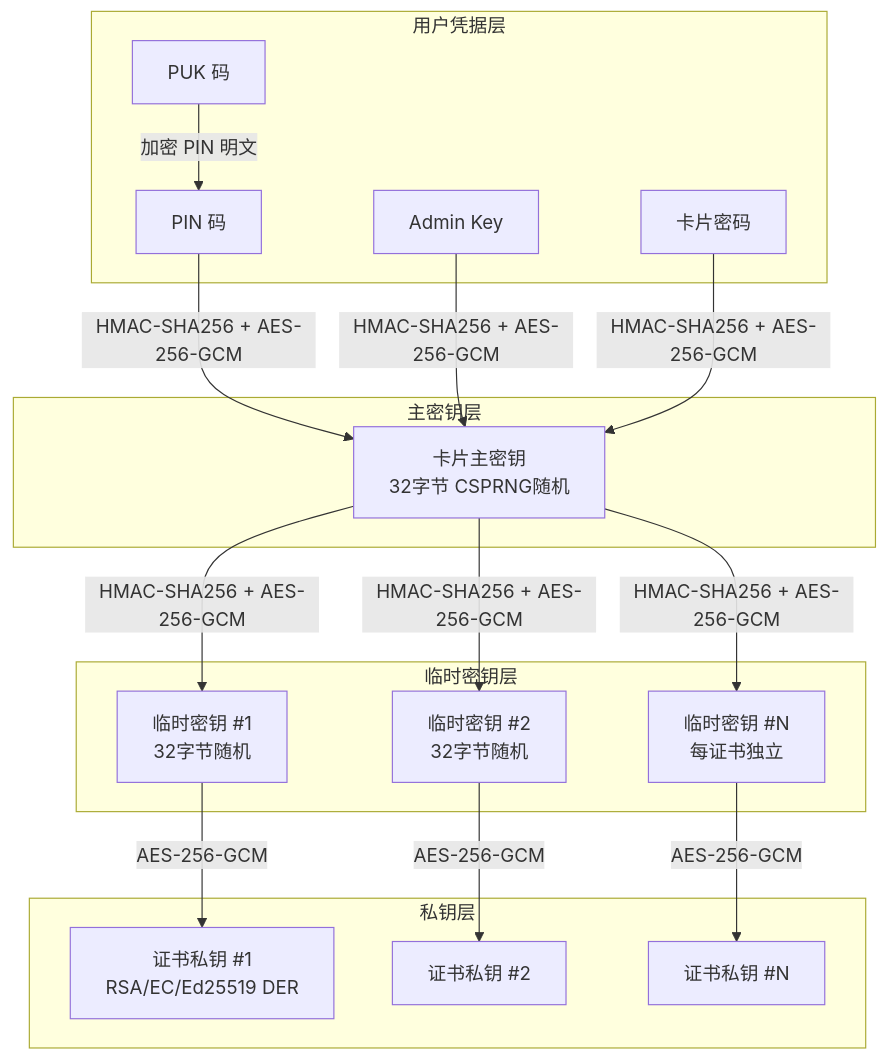
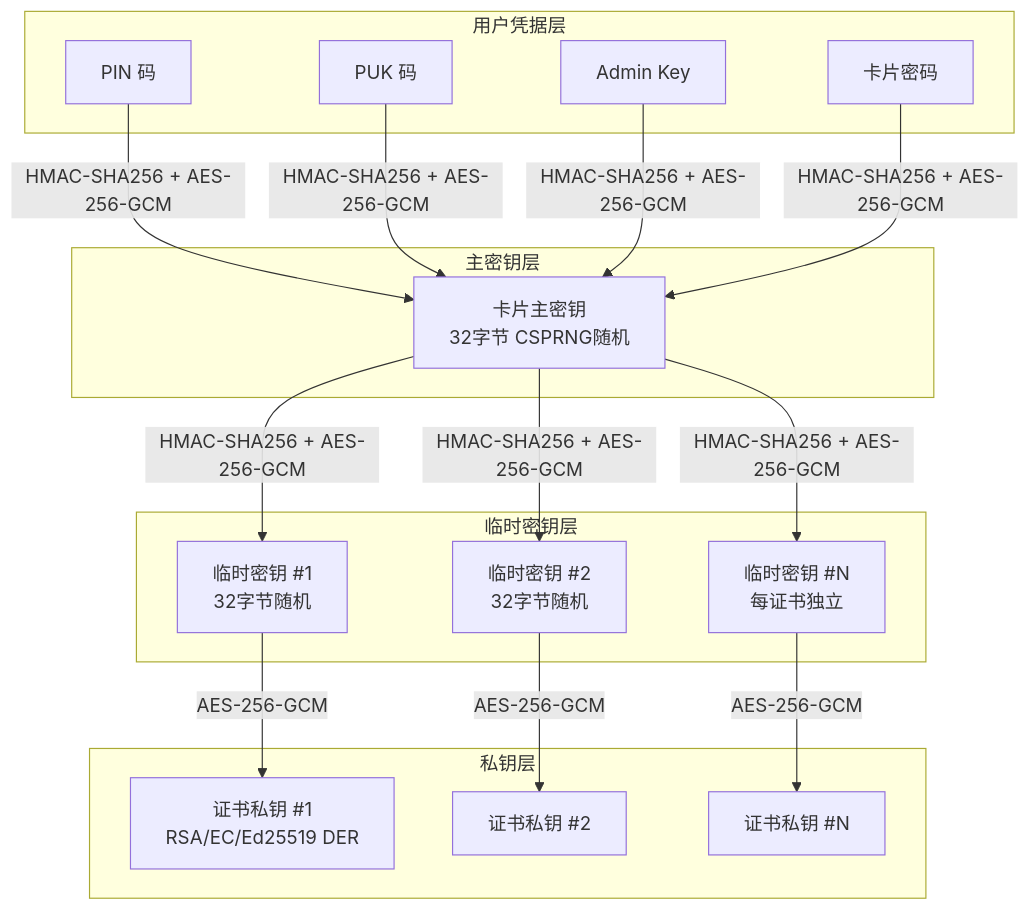
The first of 20 diagrams in roadmap/15-CRYPTO-FLOWCHART.MD (PIKACHUIM/OpenCert), drawn with Mermaid before and after one commit. The commit also changed other lines of this file and 24 other files, not shown here.

````diff
--- a/roadmap/15-CRYPTO-FLOWCHART.MD
+++ b/roadmap/15-CRYPTO-FLOWCHART.MD
@@ -11,38 +11,38 @@
 ```mermaid
 graph TB
     subgraph 用户凭据层
         PIN[PIN 码]
         PUK[PUK 码]
         ADMIN[Admin Key]
         CARD_PWD[卡片密码]
     end
 
     subgraph 主密钥层
         MK[卡片主密钥<br/>32字节 CSPRNG随机]
     end
 
     subgraph 临时密钥层
         TK1[临时密钥 #1<br/>32字节随机]
         TK2[临时密钥 #2<br/>32字节随机]
         TKn[临时密钥 #N<br/>每证书独立]
     end
 
     subgraph 私钥层
         PK1[证书私钥 #1<br/>RSA/EC/Ed25519 DER]
         PK2[证书私钥 #2]
         PKn[证书私钥 #N]
     end
 
     PIN -->|HMAC-SHA256 + AES-256-GCM| MK
-    PUK -->|加密 PIN 明文| PIN
+    PUK -->|HMAC-SHA256 + AES-256-GCM| MK
     ADMIN -->|HMAC-SHA256 + AES-256-GCM| MK
     CARD_PWD -->|HMAC-SHA256 + AES-256-GCM| MK
 
     MK -->|HMAC-SHA256 + AES-256-GCM| TK1
     MK -->|HMAC-SHA256 + AES-256-GCM| TK2
     MK -->|HMAC-SHA256 + AES-256-GCM| TKn
 
     TK1 -->|AES-256-GCM| PK1
     TK2 -->|AES-256-GCM| PK2
     TKn -->|AES-256-GCM| PKn
 ```
````
